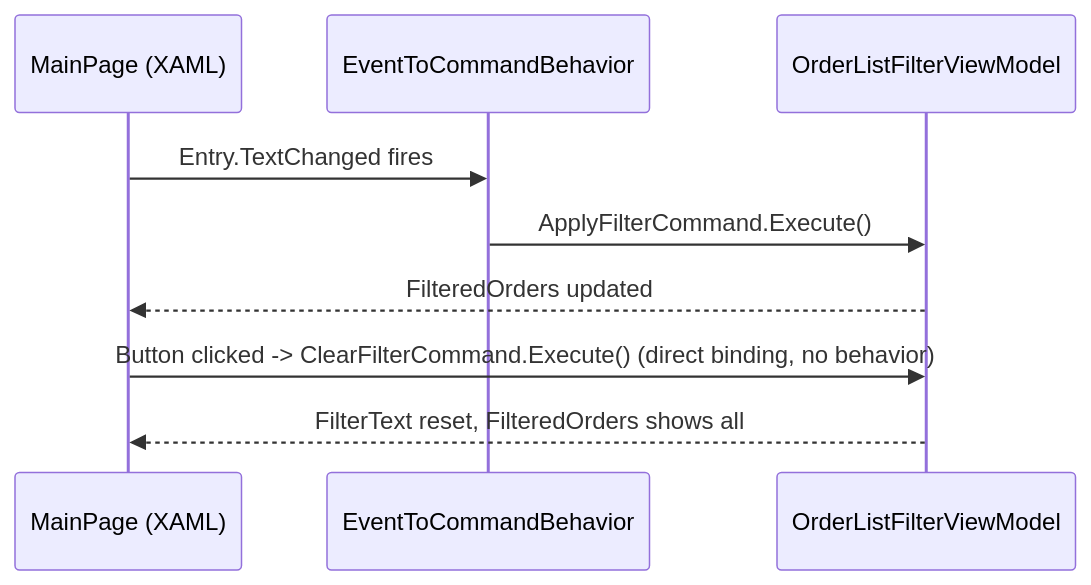
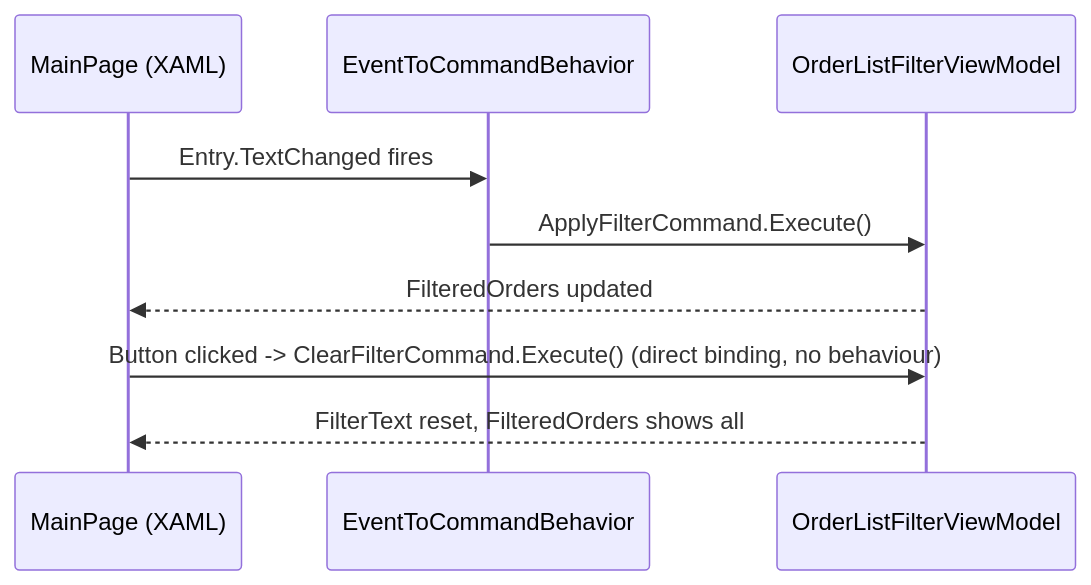
The diagram in patterns/CommandBehavior/README.md (brijeshspatel/csharp-project-004-maui-enterprise-patterns), drawn with Mermaid before and after one commit. The commit also changed other lines of this file, not shown here.

First line of the commit message:
fix(docs): use UK English for "behaviour" in the Commanding README

````diff
--- a/patterns/CommandBehavior/README.md
+++ b/patterns/CommandBehavior/README.md
@@ -65,13 +65,13 @@
 ```mermaid
 sequenceDiagram
     participant View as MainPage (XAML)
     participant Behavior as EventToCommandBehavior
     participant VM as OrderListFilterViewModel
 
     View->>Behavior: Entry.TextChanged fires
     Behavior->>VM: ApplyFilterCommand.Execute()
     VM-->>View: FilteredOrders updated
 
-    View->>VM: Button clicked -> ClearFilterCommand.Execute() (direct binding, no behavior)
+    View->>VM: Button clicked -> ClearFilterCommand.Execute() (direct binding, no behaviour)
     VM-->>View: FilterText reset, FilteredOrders shows all
 ```
````
